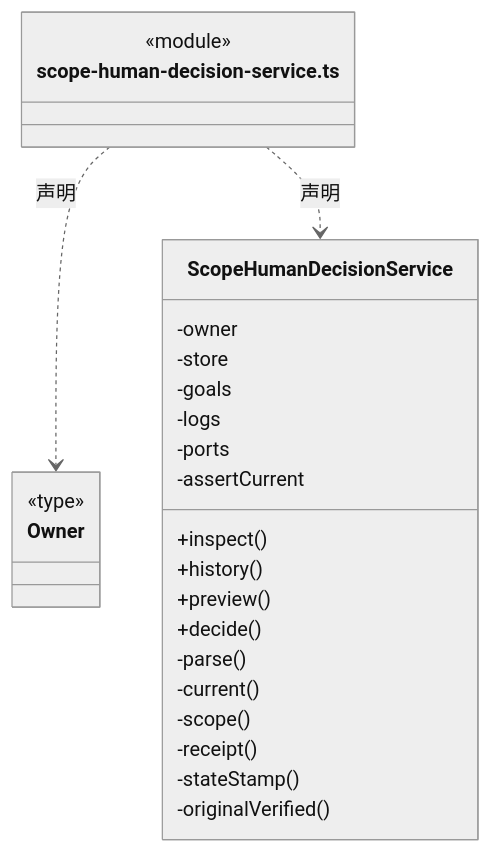
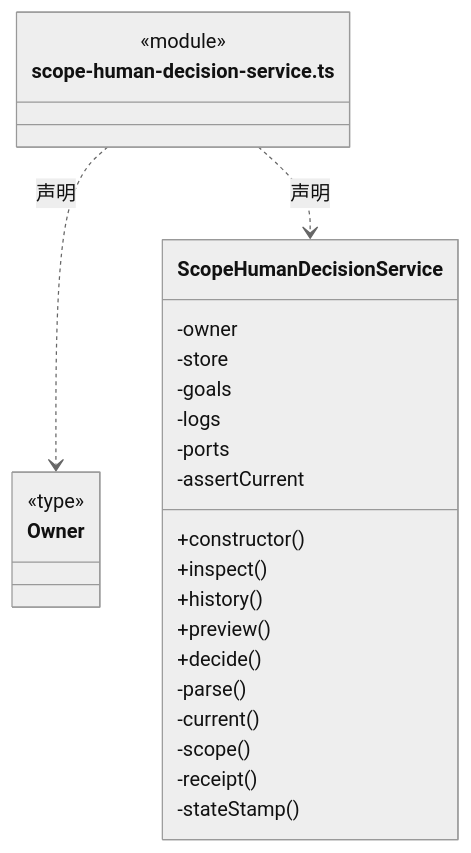
Before and after one commit to nan023062/cbim: diagram 15 of 25 in src/logic/tasks/runtime/ARCHITECTURE.md, drawn with Mermaid (neutral theme). The commit also changed other lines of this file and 139 other files, not shown here.

Commit message:
docs(architecture): add source reading paths and complete file inventories

````diff
--- a/src/logic/tasks/runtime/ARCHITECTURE.md
+++ b/src/logic/tasks/runtime/ARCHITECTURE.md
@@ -374,30 +387,30 @@
 ```mermaid
 classDiagram
 class N_src_logic_tasks_runtime_scope_human_decision_service_ts["scope-human-decision-service.ts"] {
   <<module>>
 }
 class N_src_logic_tasks_runtime_scope_human_decision_service_ts_Owner["Owner"] {
   <<type>>
 
 }
 N_src_logic_tasks_runtime_scope_human_decision_service_ts ..> N_src_logic_tasks_runtime_scope_human_decision_service_ts_Owner : 声明
 class N_src_logic_tasks_runtime_scope_human_decision_service_ts_ScopeHumanDecisionService["ScopeHumanDecisionService"] {
+  +constructor()
   +inspect()
   +history()
   +preview()
   +decide()
   -owner
   -store
   -goals
   -logs
   -ports
   -assertCurrent
   -parse()
   -current()
   -scope()
   -receipt()
   -stateStamp()
-  -originalVerified()
 }
 N_src_logic_tasks_runtime_scope_human_decision_service_ts ..> N_src_logic_tasks_runtime_scope_human_decision_service_ts_ScopeHumanDecisionService : 声明
 ```
````
